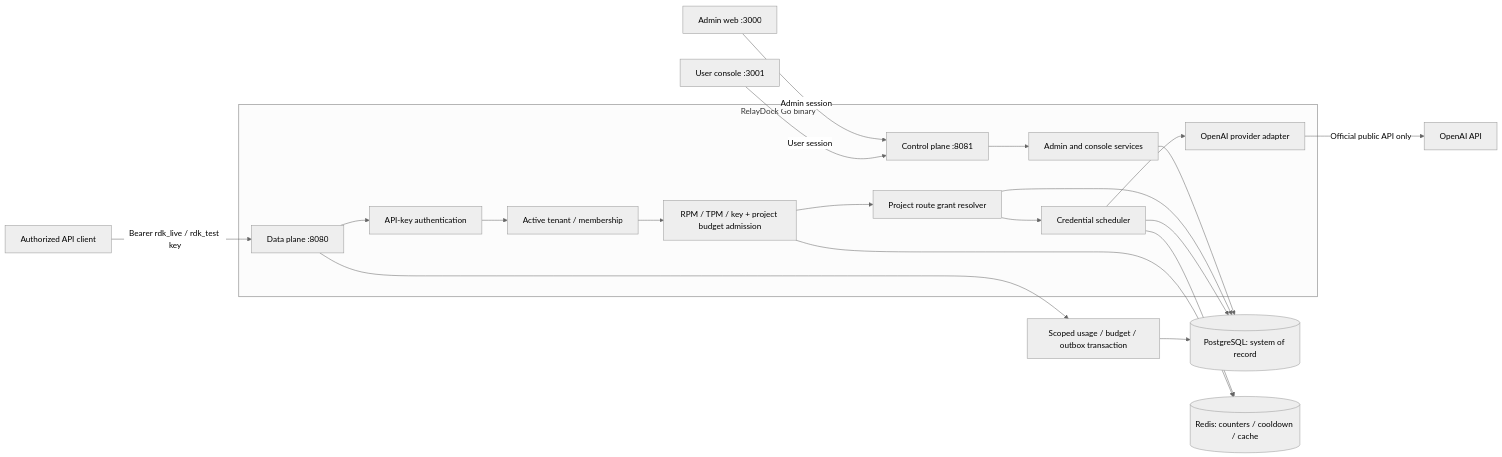
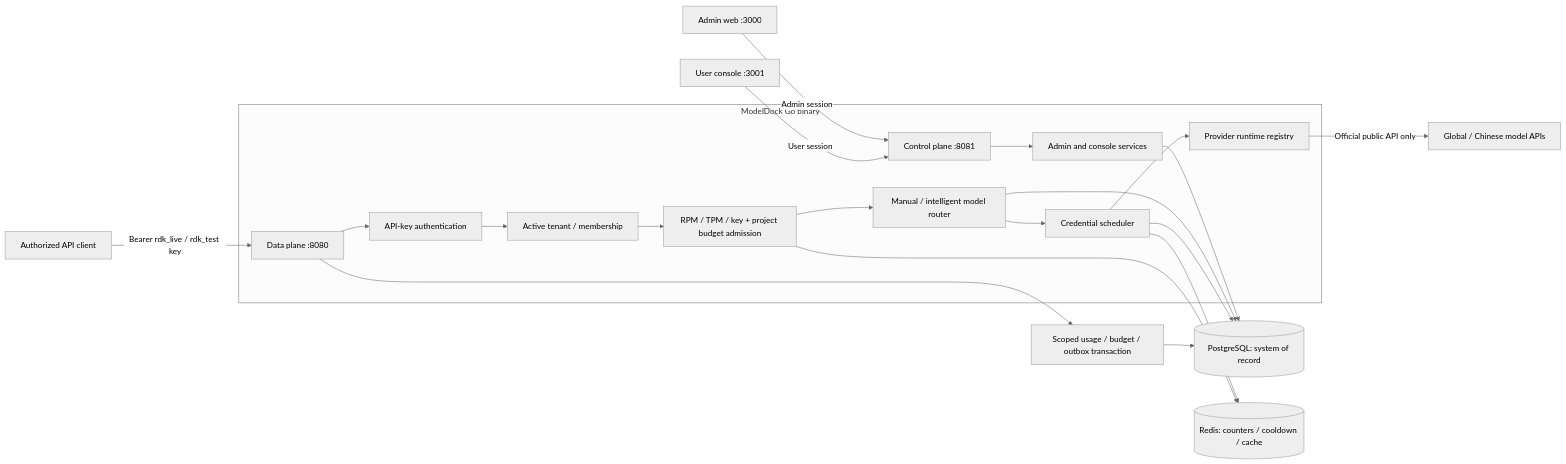
Before and after one commit to Yangjunjie-Lin/ModelDock: the first of 2 diagrams in docs/architecture.md, drawn with Mermaid (neutral theme). The commit also changed other lines of this file and 36 other files, not shown here.

````diff
--- a/docs/architecture.md
+++ b/docs/architecture.md
@@ -10,25 +10,25 @@
 ```mermaid
 flowchart LR
     Client["Authorized API client"] -->|"Bearer rdk_live / rdk_test key"| Gateway["Data plane :8080"]
     AdminUI["Admin web :3000"] -->|"Admin session"| Control["Control plane :8081"]
     ConsoleUI["User console :3001"] -->|"User session"| Control
 
-    subgraph Binary["RelayDock Go binary"]
+    subgraph Binary["ModelDock Go binary"]
         Gateway --> Auth["API-key authentication"]
         Auth --> Tenant["Active tenant / membership"]
         Tenant --> Limits["RPM / TPM / key + project budget admission"]
-        Limits --> Resolver["Project route grant resolver"]
+        Limits --> Resolver["Manual / intelligent model router"]
         Resolver --> Scheduler["Credential scheduler"]
-        Scheduler --> Adapter["OpenAI provider adapter"]
+        Scheduler --> Adapter["Provider runtime registry"]
         Control --> Services["Admin and console services"]
     end
 
-    Adapter -->|"Official public API only"| OpenAI["OpenAI API"]
+    Adapter -->|"Official public API only"| Upstream["Global / Chinese model APIs"]
     Services --> Postgres[("PostgreSQL: system of record")]
     Resolver --> Postgres
     Scheduler --> Postgres
     Scheduler --> Redis[("Redis: counters / cooldown / cache")]
     Limits --> Redis
     Gateway --> Usage["Scoped usage / budget / outbox transaction"]
     Usage --> Postgres
 ```
````
